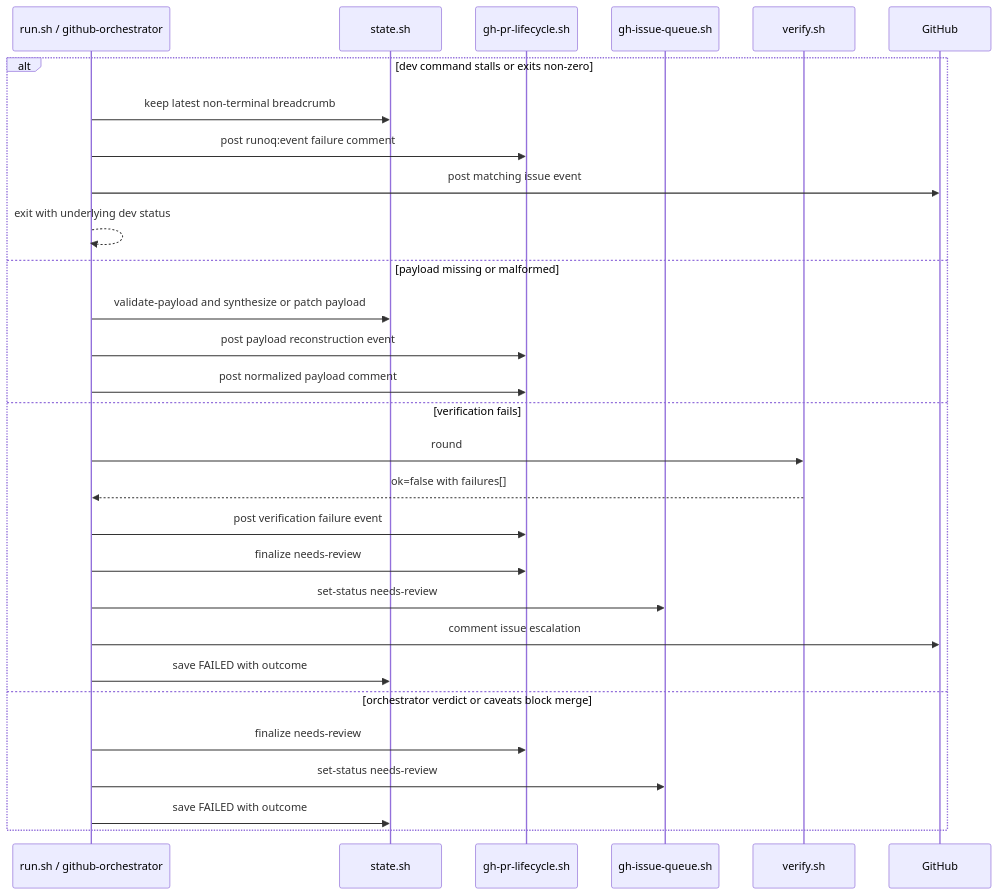
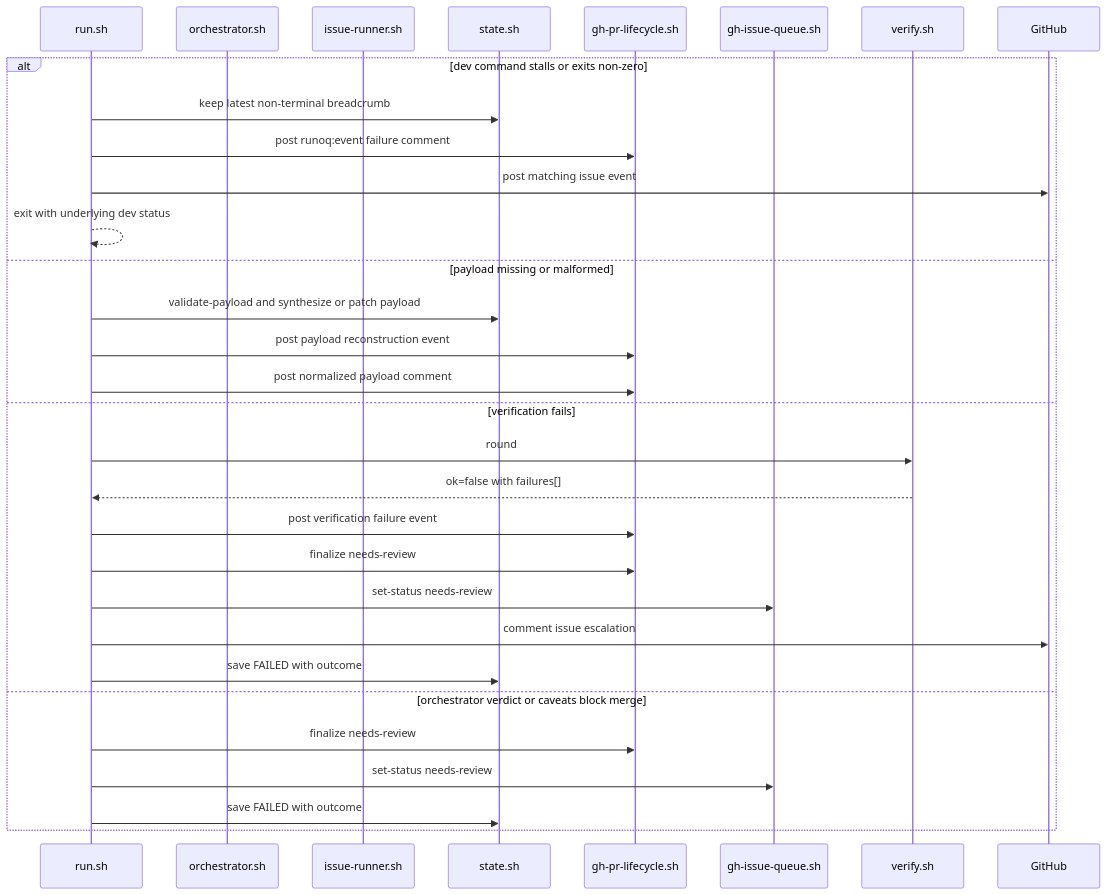
The third of 8 diagrams in docs/architecture/flows.md (morhekil/runoq), drawn with Mermaid before and after one commit. The commit also changed other lines of this file and 6 other files, not shown here.

Commit message:
Document adversarial workflow: ADR, architecture updates, reference docs

````diff
--- a/docs/architecture/flows.md
+++ b/docs/architecture/flows.md
@@ -133,32 +144,34 @@
 ```mermaid
 sequenceDiagram
-  participant Run as run.sh / github-orchestrator
+  participant Run as run.sh
+  participant Orch as orchestrator.sh
+  participant IssRun as issue-runner.sh
   participant State as state.sh
   participant PR as gh-pr-lifecycle.sh
   participant Queue as gh-issue-queue.sh
   participant Verify as verify.sh
   participant GH as GitHub
 
   alt dev command stalls or exits non-zero
     Run->>State: keep latest non-terminal breadcrumb
     Run->>PR: post runoq:event failure comment
     Run->>GH: post matching issue event
     Run-->>Run: exit with underlying dev status
   else payload missing or malformed
     Run->>State: validate-payload and synthesize or patch payload
     Run->>PR: post payload reconstruction event
     Run->>PR: post normalized payload comment
   else verification fails
     Run->>Verify: round
     Verify-->>Run: ok=false with failures[]
     Run->>PR: post verification failure event
     Run->>PR: finalize needs-review
     Run->>Queue: set-status needs-review
     Run->>GH: comment issue escalation
     Run->>State: save FAILED with outcome
   else orchestrator verdict or caveats block merge
     Run->>PR: finalize needs-review
     Run->>Queue: set-status needs-review
     Run->>State: save FAILED with outcome
   end
 ```
````
